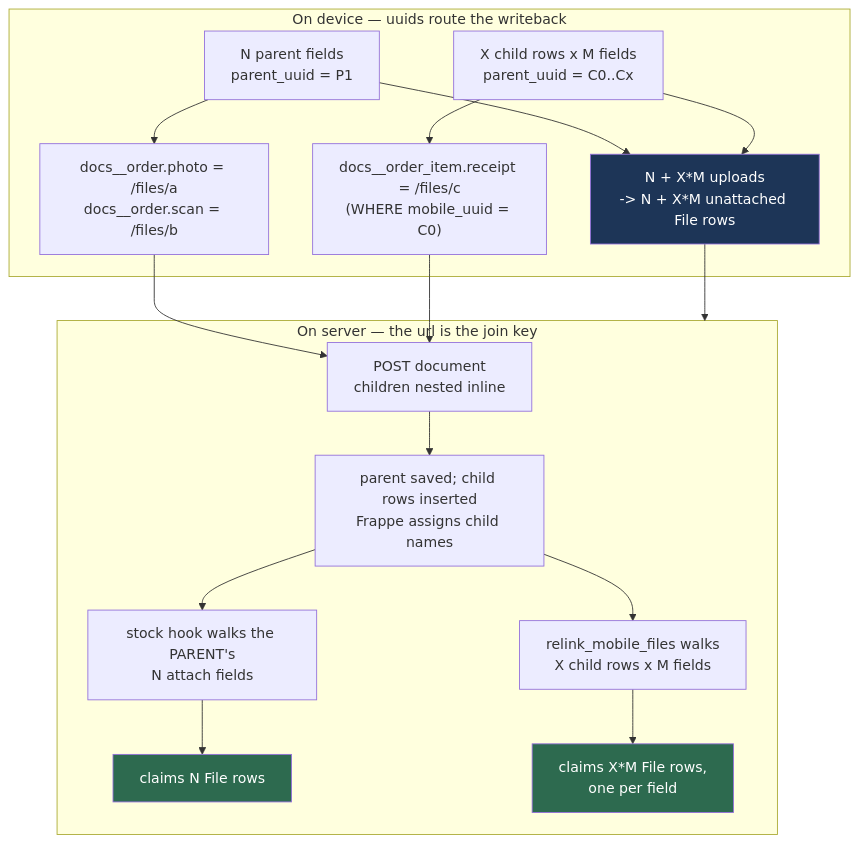
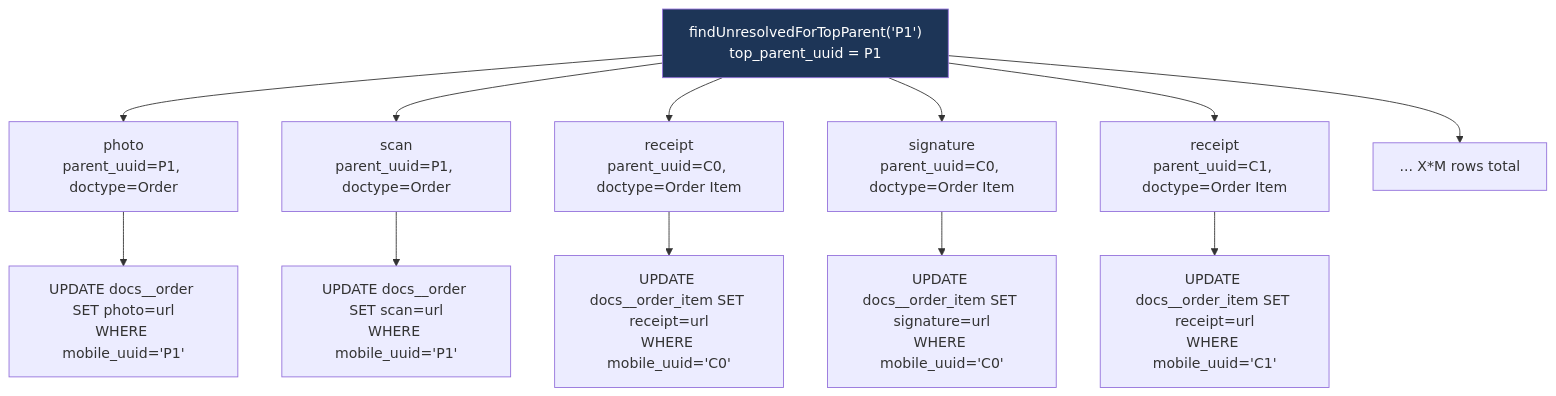
The third of 7 diagrams in doc/release-2.0/attachments.md (Omprakash-48/frappe-mobile-sdk), drawn with Mermaid before and after one commit. The commit also changed other lines of this file, not shown here.

````diff
--- a/doc/release-2.0/attachments.md
+++ b/doc/release-2.0/attachments.md
@@ -163,25 +174,17 @@
 ```mermaid
 flowchart TD
-    subgraph DEV["On device — uuids route the writeback"]
-        A1["N parent fields<br/>parent_uuid = P1"] --> W1["docs__order.photo = /files/a<br/>docs__order.scan = /files/b"]
-        A2["X child rows x M fields<br/>parent_uuid = C0..Cx"] --> W2["docs__order_item.receipt = /files/c<br/>(WHERE mobile_uuid = C0)"]
-        A1 --> U["N + X*M uploads<br/>-> N + X*M unattached File rows"]
-        A2 --> U
-    end
+    Q["findUnresolvedForTopParent('P1')<br/>top_parent_uuid = P1"] --> R1["photo<br/>parent_uuid=P1, doctype=Order"]
+    Q --> R2["scan<br/>parent_uuid=P1, doctype=Order"]
+    Q --> R3["receipt<br/>parent_uuid=C0, doctype=Order Item"]
+    Q --> R4["signature<br/>parent_uuid=C0, doctype=Order Item"]
+    Q --> R5["receipt<br/>parent_uuid=C1, doctype=Order Item"]
+    Q --> R6["... X*M rows total"]
 
-    W1 --> POST["POST document<br/>children nested inline"]
-    W2 --> POST
-    U --> SRV
+    R1 --> W1["UPDATE docs__order SET photo=url<br/>WHERE mobile_uuid='P1'"]
+    R2 --> W2["UPDATE docs__order SET scan=url<br/>WHERE mobile_uuid='P1'"]
+    R3 --> W3["UPDATE docs__order_item SET receipt=url<br/>WHERE mobile_uuid='C0'"]
+    R4 --> W4["UPDATE docs__order_item SET signature=url<br/>WHERE mobile_uuid='C0'"]
+    R5 --> W5["UPDATE docs__order_item SET receipt=url<br/>WHERE mobile_uuid='C1'"]
 
-    subgraph SRV["On server — the url is the join key"]
-        POST --> SAVE["parent saved; child rows inserted<br/>Frappe assigns child names"]
-        SAVE --> H1["stock hook walks the PARENT's<br/>N attach fields"]
-        SAVE --> H2["relink_mobile_files walks<br/>X child rows x M fields"]
-        H1 --> L1["claims N File rows"]
-        H2 --> L2["claims X*M File rows,<br/>one per field"]
-    end
-
-    style U fill:#1d3557,color:#fff
-    style L1 fill:#2d6a4f,color:#fff
-    style L2 fill:#2d6a4f,color:#fff
+    style Q fill:#1d3557,color:#fff
 ```
````
